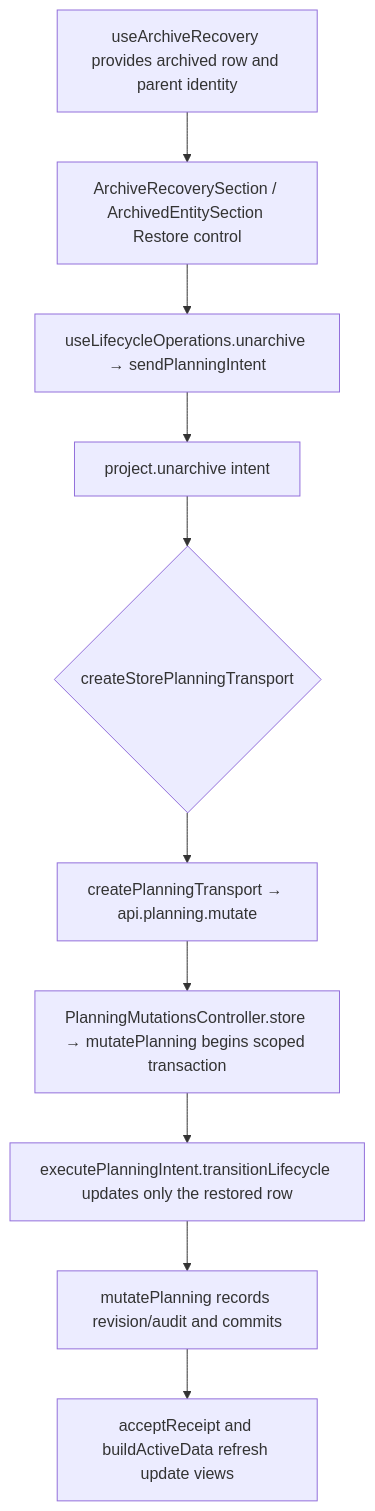
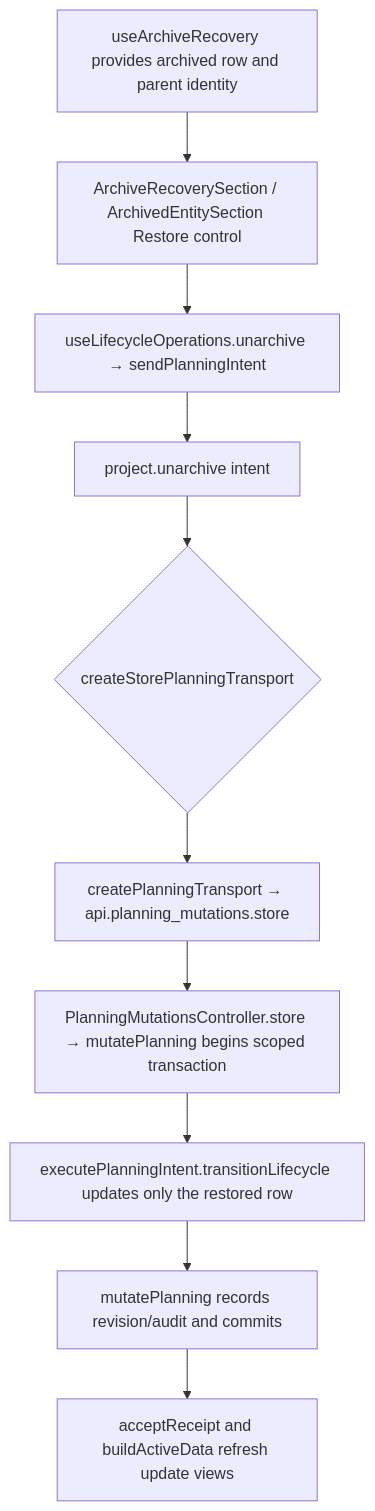
Before and after one commit to Kevinjohn/capacitylens: the second of 2 diagrams in user-stories/projects/US-PRJ-06-restore-project.md, drawn with Mermaid. The commit also changed 153 other files, not shown here.

````diff
--- a/user-stories/projects/US-PRJ-06-restore-project.md
+++ b/user-stories/projects/US-PRJ-06-restore-project.md
@@ -26,8 +26,8 @@
 ```mermaid
 flowchart TD
   A["useArchiveRecovery provides archived row and parent identity"] --> B["ArchiveRecoverySection / ArchivedEntitySection Restore control"]
   B --> C["useLifecycleOperations.unarchive → sendPlanningIntent"] --> D["project.unarchive intent"]
   D --> E{"createStorePlanningTransport"}
-  E --> F["createPlanningTransport → api.planning.mutate"] --> G["PlanningMutationsController.store → mutatePlanning begins scoped transaction"]
+  E --> F["createPlanningTransport → api.planning_mutations.store"] --> G["PlanningMutationsController.store → mutatePlanning begins scoped transaction"]
   G --> H["executePlanningIntent.transitionLifecycle updates only the restored row"] --> K["mutatePlanning records revision/audit and commits"] --> J["acceptReceipt and buildActiveData refresh update views"]
 ```
````
